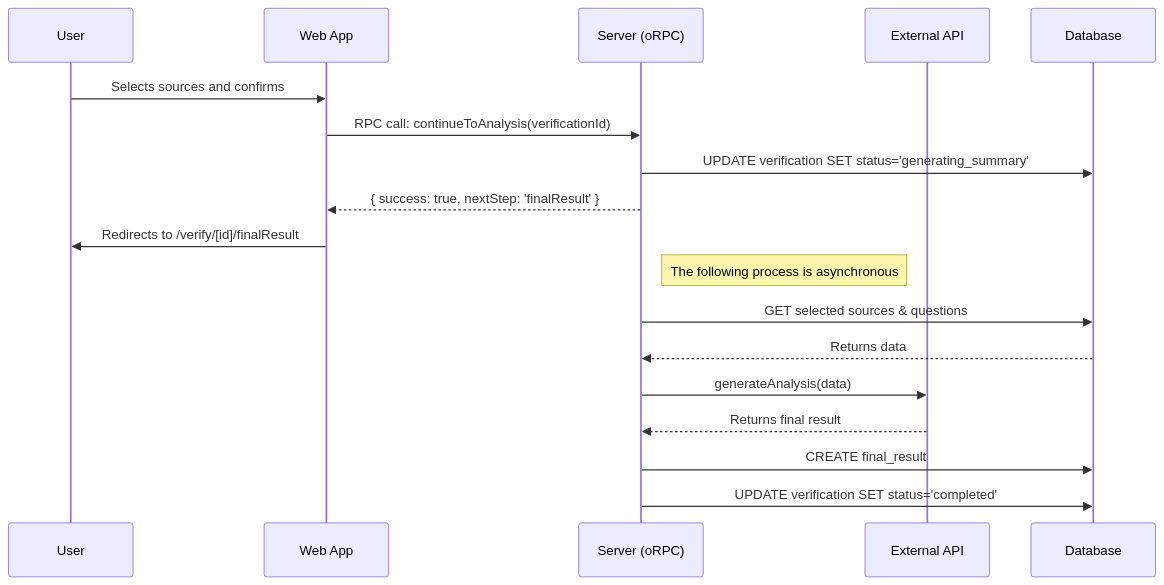
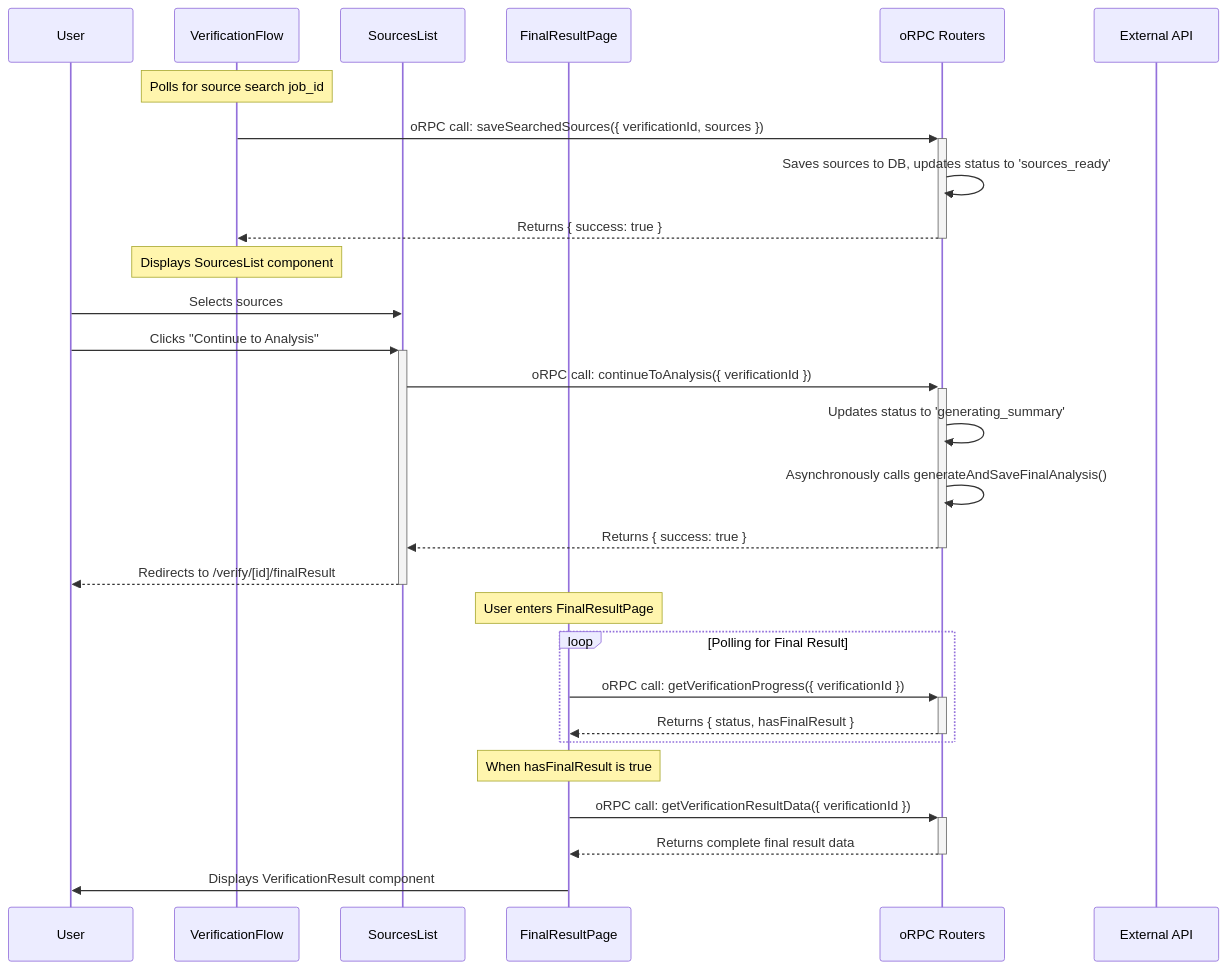
One commit to checkeapp-group/CheckeApp changed the third of 3 diagrams in docs/VERIFICATION.md. Above: the diagram before and after it, drawn with Mermaid. The commit also changed other lines of this file and 5 other files, not shown here.

Commit message:
docs: add comprehensive API documentation and enhance authentication, database, server, and verification flow documentation

````diff
--- a/docs/VERIFICATION.md
+++ b/docs/VERIFICATION.md
@@ -118,22 +126,34 @@
 ```mermaid
 sequenceDiagram
     participant User
-    participant Web App
-    participant Server (oRPC)
-    participant External API
-    participant Database
+    participant VF as VerificationFlow
+    participant SL as SourcesList
+    participant FRP as FinalResultPage
+    participant BE as oRPC Routers
+    participant API as External API
 
-    User->>Web App: Selects sources and confirms
-    Web App->>Server (oRPC): RPC call: continueToAnalysis(verificationId)
-    Server (oRPC)->>Database: UPDATE verification SET status='generating_summary'
-    Server (oRPC)-->>Web App: { success: true, nextStep: 'finalResult' }
-    Web App->>User: Redirects to /verify/[id]/finalResult
+    Note over VF: Polls for source search job_id
+    VF->>+BE: oRPC call: saveSearchedSources({ verificationId, sources })
+    BE->>BE: Saves sources to DB, updates status to 'sources_ready'
+    BE-->>-VF: Returns { success: true }
+    Note over VF: Displays SourcesList component
 
-    Note right of Server (oRPC): The following process is asynchronous
-    Server (oRPC)->>Database: GET selected sources & questions
-    Database-->>Server (oRPC): Returns data
-    Server (oRPC)->>External API: generateAnalysis(data)
-    External API-->>Server (oRPC): Returns final result
-    Server (oRPC)->>Database: CREATE final_result
-    Server (oRPC)->>Database: UPDATE verification SET status='completed'
+    User->>SL: Selects sources
+    User->>+SL: Clicks "Continue to Analysis"
+    SL->>+BE: oRPC call: continueToAnalysis({ verificationId })
+    BE->>BE: Updates status to 'generating_summary'
+    BE->>BE: Asynchronously calls generateAndSaveFinalAnalysis()
+    BE-->>-SL: Returns { success: true }
+    SL-->>-User: Redirects to /verify/[id]/finalResult
+
+    Note over FRP: User enters FinalResultPage
+    loop Polling for Final Result
+        FRP->>+BE: oRPC call: getVerificationProgress({ verificationId })
+        BE-->>-FRP: Returns { status, hasFinalResult }
+    end
+
+    Note over FRP: When hasFinalResult is true
+    FRP->>+BE: oRPC call: getVerificationResultData({ verificationId })
+    BE-->>-FRP: Returns complete final result data
+    FRP->>User: Displays VerificationResult component
 ```
````
